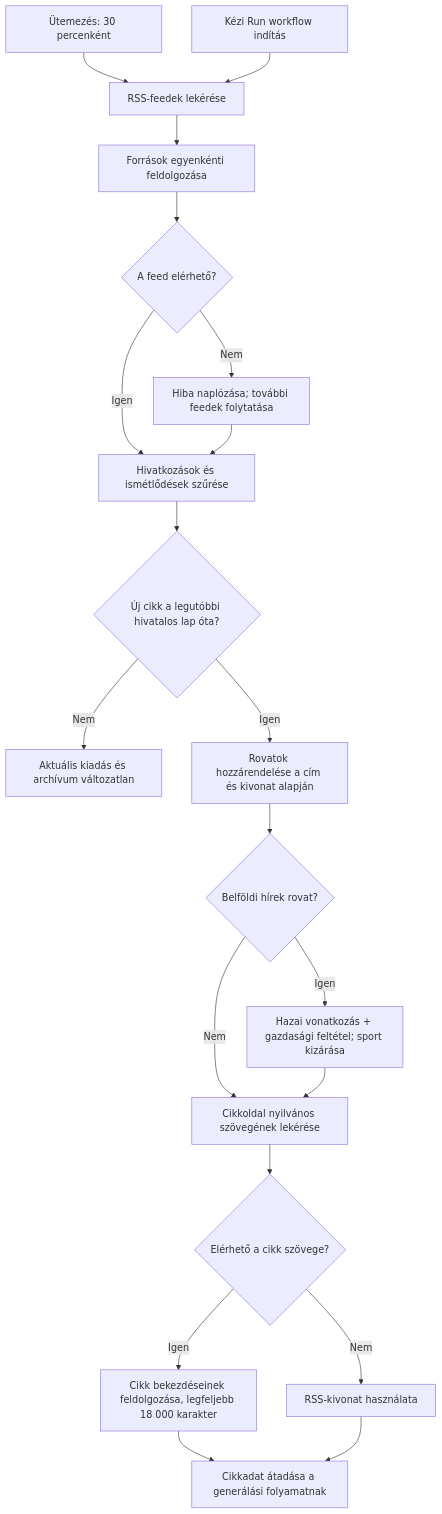
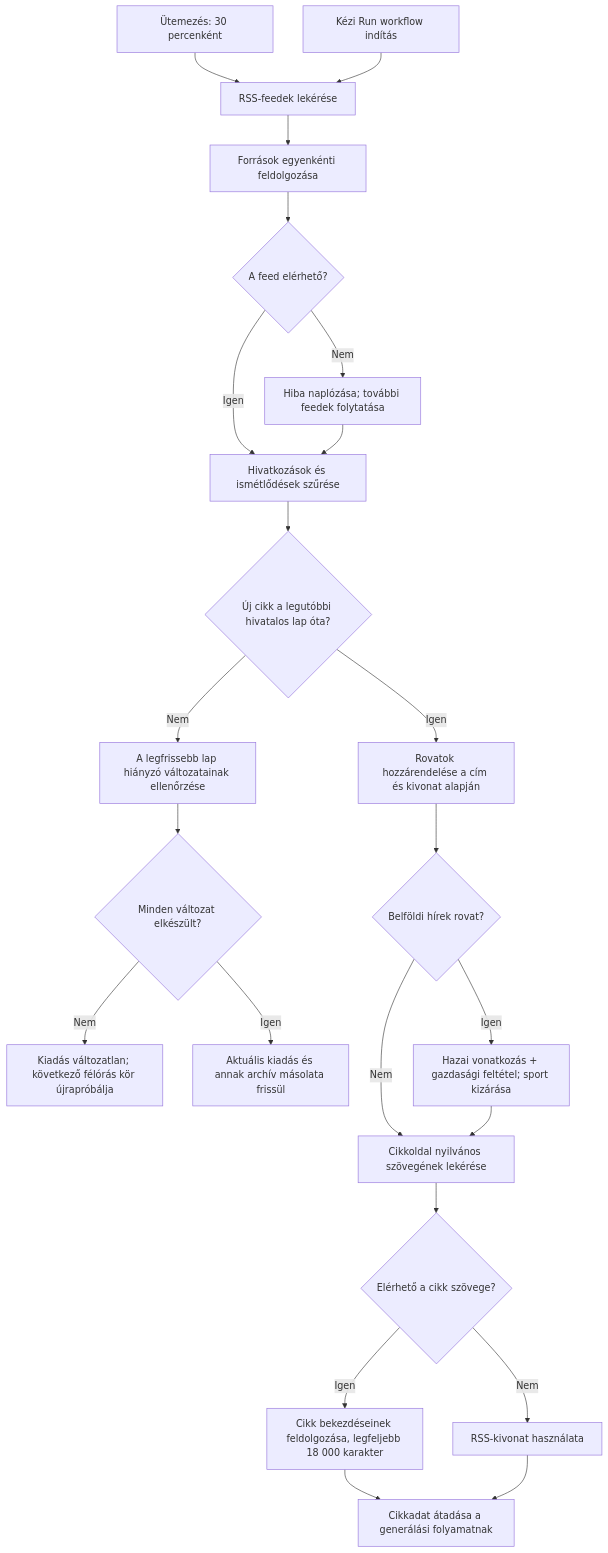
One commit to ngynrbrt-prog/nanonews changed the second of 5 diagrams in Dokumentumok/NANONews-mukodesi-leiras.md. Above: the diagram before and after it, drawn with Mermaid. The commit also changed other lines of this file and 2 other files, not shown here.

````diff
--- a/Dokumentumok/NANONews-mukodesi-leiras.md
+++ b/Dokumentumok/NANONews-mukodesi-leiras.md
@@ -100,22 +100,25 @@
 ```mermaid
 flowchart TD
   schedule["Ütemezés: 30 percenként"] --> fetch["RSS-feedek lekérése"]
   manual["Kézi Run workflow indítás"] --> fetch
   fetch --> feeds["Források egyenkénti feldolgozása"]
   feeds --> available{"A feed elérhető?"}
   available -->|Nem| log["Hiba naplózása; további feedek folytatása"]
   available -->|Igen| dedupe["Hivatkozások és ismétlődések szűrése"]
   log --> dedupe
   dedupe --> newer{"Új cikk a legutóbbi hivatalos lap óta?"}
-  newer -->|Nem| unchanged["Aktuális kiadás és archívum változatlan"]
+  newer -->|Nem| pending["A legfrissebb lap hiányzó változatainak ellenőrzése"]
+  pending --> done{"Minden változat elkészült?"}
+  done -->|Nem| unchanged["Kiadás változatlan; következő félórás kör újrapróbálja"]
+  done -->|Igen| sync["Aktuális kiadás és annak archív másolata frissül"]
   newer -->|Igen| topics["Rovatok hozzárendelése a cím és kivonat alapján"]
   topics --> domestic{"Belföldi hírek rovat?"}
   domestic -->|Igen| econ["Hazai vonatkozás + gazdasági feltétel; sport kizárása"]
   domestic -->|Nem| article["Cikkoldal nyilvános szövegének lekérése"]
   econ --> article
   article --> body{"Elérhető a cikk szövege?"}
   body -->|Igen| full["Cikk bekezdéseinek feldolgozása, legfeljebb 18 000 karakter"]
   body -->|Nem| excerpt["RSS-kivonat használata"]
   full --> prepare["Cikkadat átadása a generálási folyamatnak"]
   excerpt --> prepare
 ```
````
